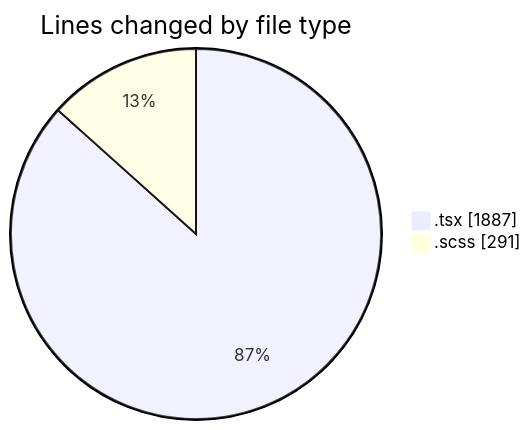
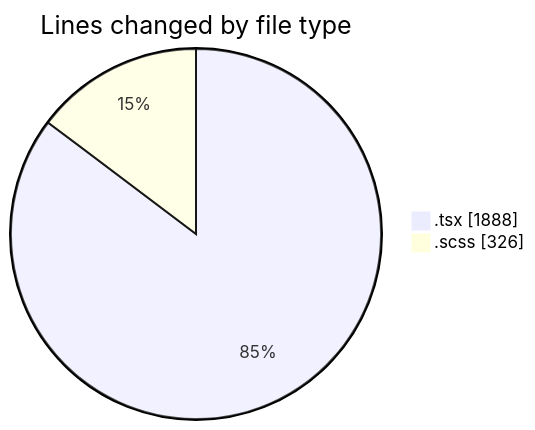
One commit to momahboobian/code-tracking changed the first of 2 diagrams in 2025-04-07/cda/README.md. Above: the diagram before and after it, drawn with Mermaid. The commit also changed other lines of this file and 1 other file, not shown here.

````diff
--- a/2025-04-07/cda/README.md
+++ b/2025-04-07/cda/README.md
@@ -26,6 +26,6 @@
 ```mermaid
 pie showData
 title Lines changed by file type
-".tsx" : 1887
-".scss" : 291
+".tsx" : 1888
+".scss" : 326
 ```
````
